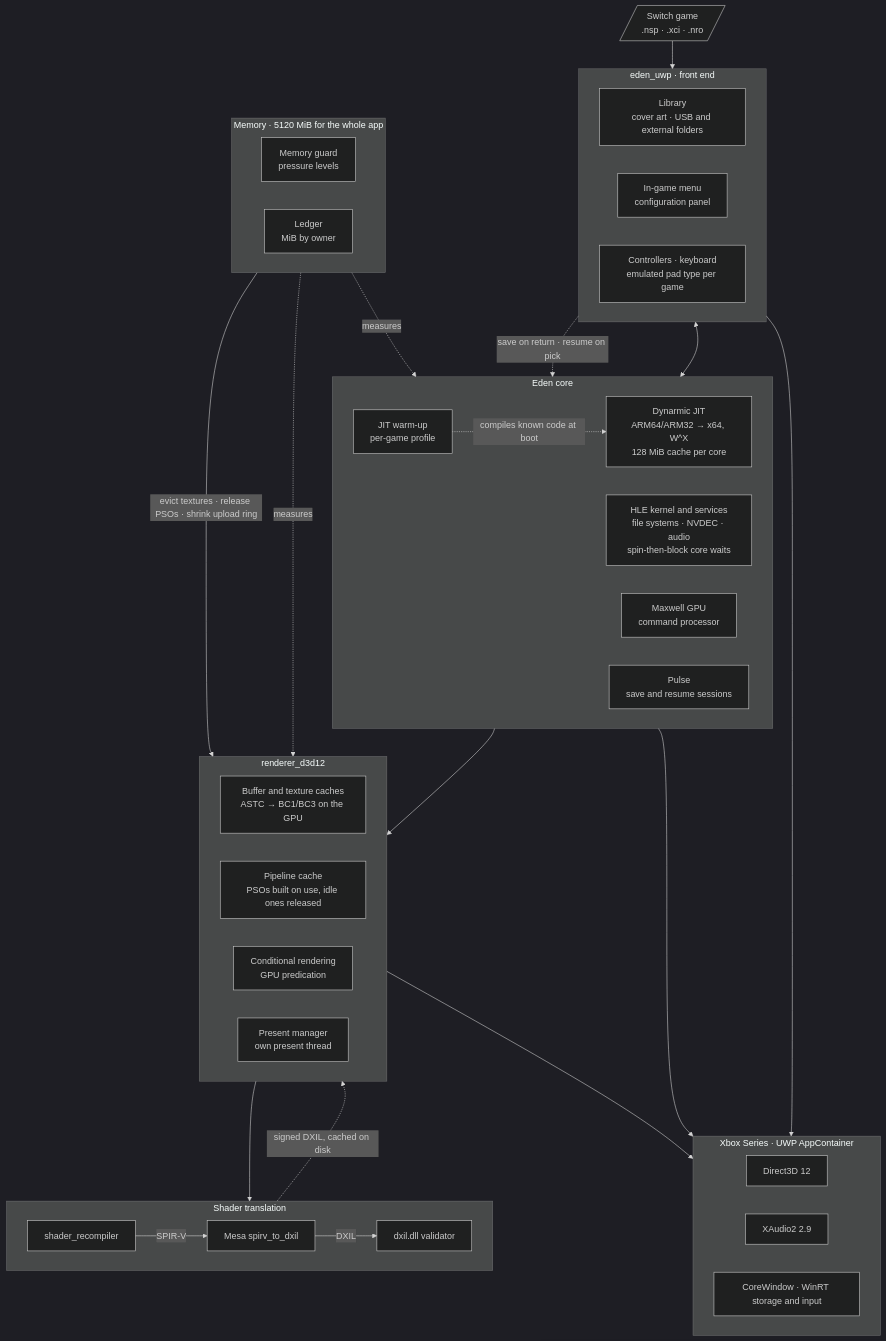
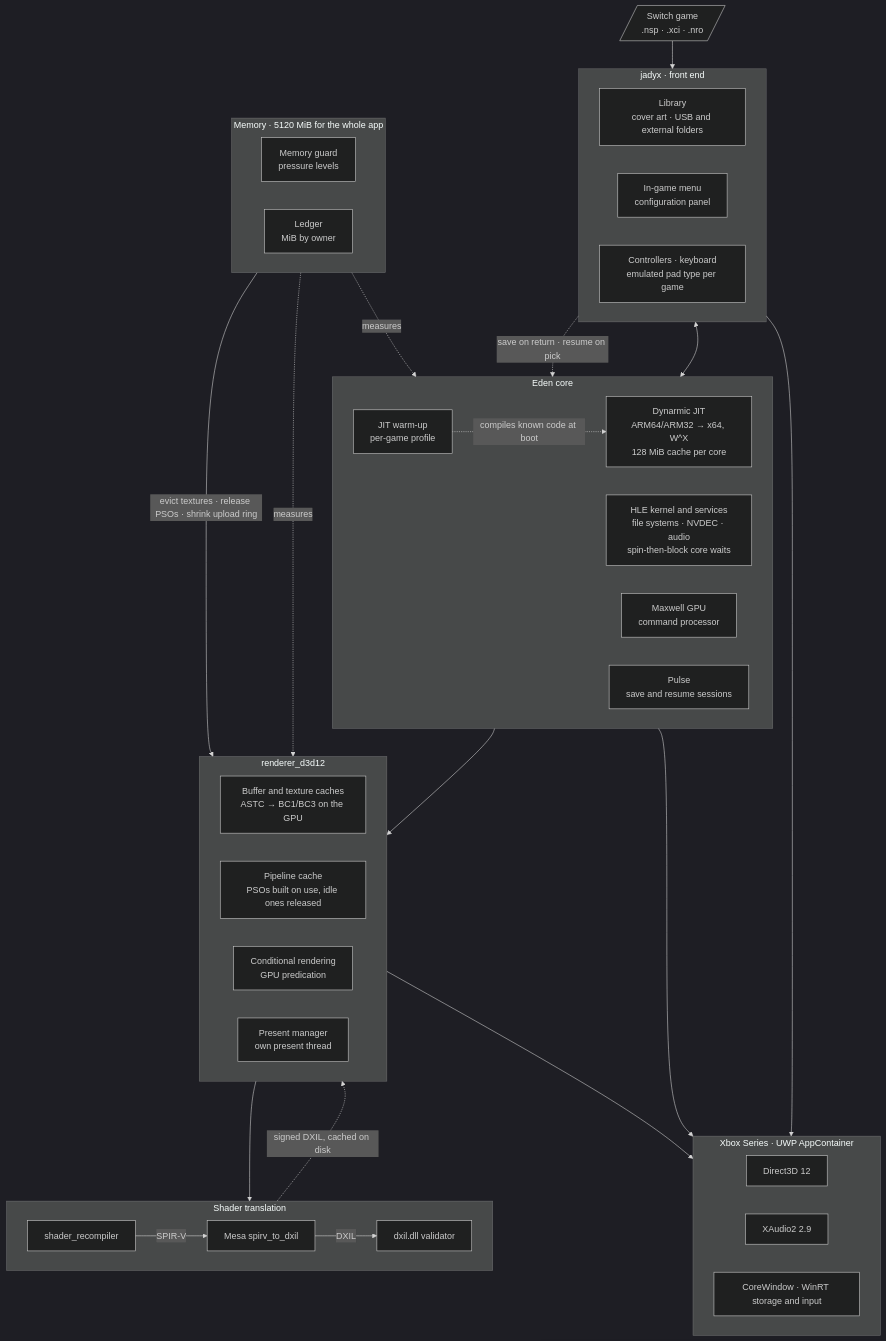
Before and after one commit to JulianDr14/eden-xbox: the diagram in README.md, drawn with Mermaid (dark theme). The commit also changed other lines of this file and 324 other files, not shown here.

````diff
--- a/README.md
+++ b/README.md
@@ -197,60 +197,60 @@
 ```mermaid
 flowchart TB
     rom[/"Switch game<br/>.nsp · .xci · .nro"/]
 
-    subgraph front["eden_uwp · front end"]
+    subgraph front["jadyx · front end"]
         direction LR
         lib["Library<br/>cover art · USB and external folders"]
         menu["In-game menu<br/>configuration panel"]
         input["Controllers · keyboard<br/>emulated pad type per game"]
     end
 
     subgraph core["Eden core"]
         direction LR
         cpu["Dynarmic JIT<br/>ARM64/ARM32 → x64, W^X<br/>128 MiB cache per core"]
         warm["JIT warm-up<br/>per-game profile"]
         hle["HLE kernel and services<br/>file systems · NVDEC · audio<br/>spin-then-block core waits"]
         gpu["Maxwell GPU<br/>command processor"]
         pulse["Pulse<br/>save and resume sessions"]
     end
 
     subgraph d3d["renderer_d3d12"]
         direction LR
         caches["Buffer and texture caches<br/>ASTC → BC1/BC3 on the GPU"]
         pipes["Pipeline cache<br/>PSOs built on use, idle ones released"]
         pred["Conditional rendering<br/>GPU predication"]
         present["Present manager<br/>own present thread"]
     end
 
     subgraph shaders["Shader translation"]
         direction LR
         rec["shader_recompiler"] -- SPIR-V --> s2d["Mesa spirv_to_dxil"] -- DXIL --> sign["dxil.dll validator"]
     end
 
     subgraph mem["Memory · 5120 MiB for the whole app"]
         direction LR
         guard["Memory guard<br/>pressure levels"]
         ledger["Ledger<br/>MiB by owner"]
     end
 
     subgraph host["Xbox Series · UWP AppContainer"]
         direction LR
         dx["Direct3D 12"]
         xa["XAudio2 2.9"]
         win["CoreWindow · WinRT storage and input"]
     end
 
     rom --> lib
     lib -. "save on return · resume on pick" .-> pulse
     front <--> core
     warm -. "compiles known code at boot" .-> cpu
     gpu --> d3d
     pipes --> shaders
     sign -. "signed DXIL, cached on disk" .-> pipes
     guard -- "evict textures · release PSOs · shrink upload ring" --> d3d
     ledger -. "measures" .-> d3d
     ledger -. "measures" .-> core
     d3d --> dx
     hle --> xa
     front --> win
 ```
````
